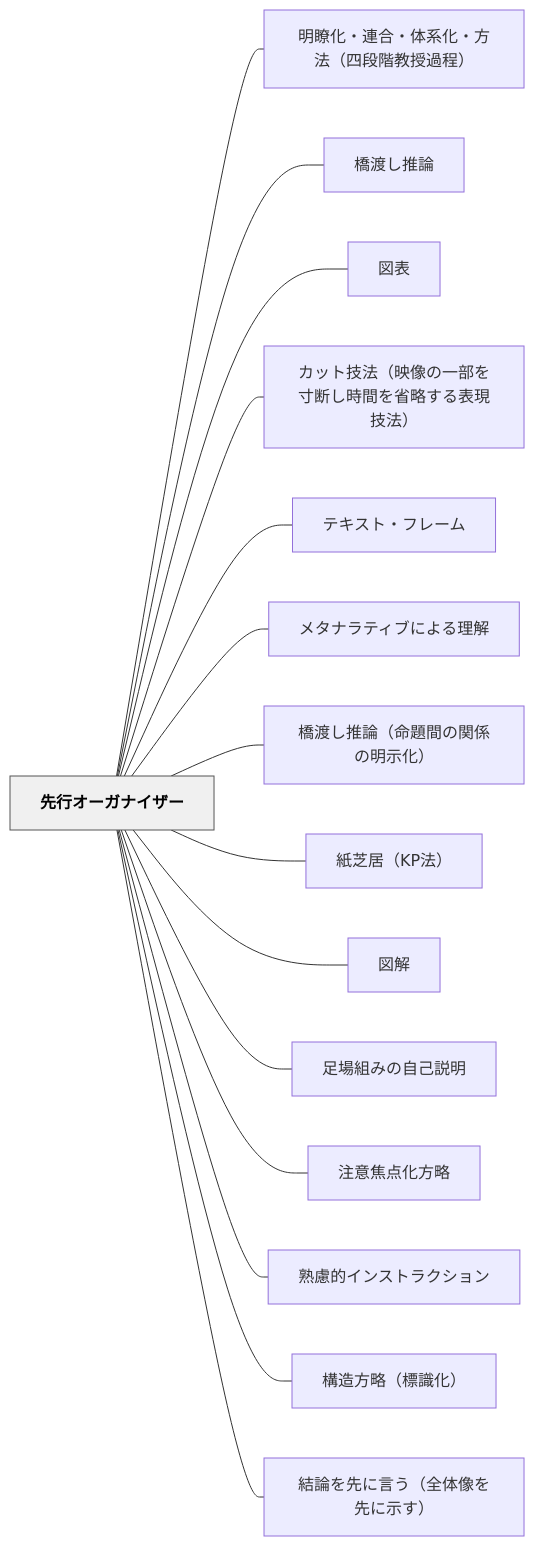
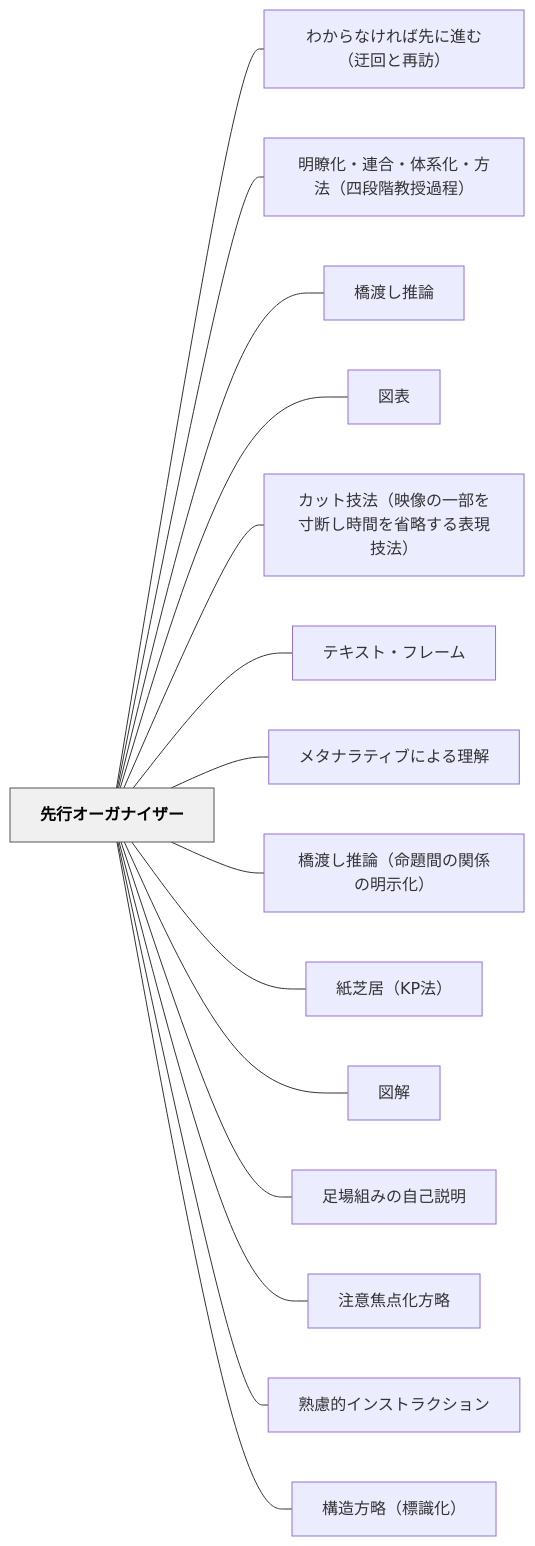
One commit to unknownthings-ed-patterns/unknownthings-ed-patterns changed the diagram in content/パタン/先行オーガナイザー.md. Above: the diagram before and after it, drawn with Mermaid. The commit also changed other lines of this file and 185 other files, not shown here.

````diff
--- a/content/パタン/先行オーガナイザー.md
+++ b/content/パタン/先行オーガナイザー.md
@@ -52,36 +52,36 @@
 ```mermaid
 flowchart LR
     ne58588e8a18ce382aae383bce382ace3838ae382a4e382b6e383bc["先行オーガナイザー"]
+    ne3828fe3818be38289e381aae38191e3828ce381b0e58588e381abe980b2e38280efbc88e8bf82e59b9ee381a8e5868de8a8aaefbc89["わからなければ先に進む（迂回と再訪）"]
     ne6988ee79eade58c96e383bbe980a3e59088e383bbe4bd93e7b3bbe58c96e383bbe696b9e6b395efbc88e59b9be6aeb5e99a8ee69599e68e88e9818ee7a88befbc89["明瞭化・連合・体系化・方法（四段階教授過程）"]
     ne6a98be6b8a1e38197e68ea8e8ab96["橋渡し推論"]
     ne59bb3e8a1a8["図表"]
     ne382abe38383e38388e68a80e6b395efbc88e698a0e5838fe381aee4b880e983a8e38292e5afb8e696ade38197e69982e99693e38292e79c81e795a5e38199e3828be8a1a8e78fbee68a80e6b395efbc89["カット技法（映像の一部を寸断し時間を省略する表現技法）"]
     ne38386e382ade382b9e38388e383bbe38395e383ace383bce383a0["テキスト・フレーム"]
     ne383a1e382bfe3838ae383a9e38386e382a3e38396e381abe38288e3828be79086e8a7a3["メタナラティブによる理解"]
     ne6a98be6b8a1e38197e68ea8e8ab96efbc88e591bde9a18ce99693e381aee996a2e4bf82e381aee6988ee7a4bae58c96efbc89["橋渡し推論（命題間の関係の明示化）"]
     ne7b499e88a9de5b185efbc884b50e6b395efbc89["紙芝居（KP法）"]
     ne59bb3e8a7a3["図解"]
     ne8b6b3e5a0b4e7b584e381bfe381aee887aae5b7b1e8aaace6988e["足場組みの自己説明"]
     ne6b3a8e6848fe784a6e782b9e58c96e696b9e795a5["注意焦点化方略"]
     ne7869fe685aee79a84e382a4e383b3e382b9e38388e383a9e382afe382b7e383a7e383b3["熟慮的インストラクション"]
     ne6a78be980a0e696b9e795a5efbc88e6a899e8ad98e58c96efbc89["構造方略（標識化）"]
-    ne7b590e8ab96e38292e58588e381abe8a880e38186efbc88e585a8e4bd93e5838fe38292e58588e381abe7a4bae38199efbc89["結論を先に言う（全体像を先に示す）"]
 
+    ne58588e8a18ce382aae383bce382ace3838ae382a4e382b6e383bc --- ne3828fe3818be38289e381aae38191e3828ce381b0e58588e381abe980b2e38280efbc88e8bf82e59b9ee381a8e5868de8a8aaefbc89
     ne58588e8a18ce382aae383bce382ace3838ae382a4e382b6e383bc --- ne6988ee79eade58c96e383bbe980a3e59088e383bbe4bd93e7b3bbe58c96e383bbe696b9e6b395efbc88e59b9be6aeb5e99a8ee69599e68e88e9818ee7a88befbc89
     ne58588e8a18ce382aae383bce382ace3838ae382a4e382b6e383bc --- ne6a98be6b8a1e38197e68ea8e8ab96
     ne58588e8a18ce382aae383bce382ace3838ae382a4e382b6e383bc --- ne59bb3e8a1a8
     ne58588e8a18ce382aae383bce382ace3838ae382a4e382b6e383bc --- ne382abe38383e38388e68a80e6b395efbc88e698a0e5838fe381aee4b880e983a8e38292e5afb8e696ade38197e69982e99693e38292e79c81e795a5e38199e3828be8a1a8e78fbee68a80e6b395efbc89
     ne58588e8a18ce382aae383bce382ace3838ae382a4e382b6e383bc --- ne38386e382ade382b9e38388e383bbe38395e383ace383bce383a0
     ne58588e8a18ce382aae383bce382ace3838ae382a4e382b6e383bc --- ne383a1e382bfe3838ae383a9e38386e382a3e38396e381abe38288e3828be79086e8a7a3
     ne58588e8a18ce382aae383bce382ace3838ae382a4e382b6e383bc --- ne6a98be6b8a1e38197e68ea8e8ab96efbc88e591bde9a18ce99693e381aee996a2e4bf82e381aee6988ee7a4bae58c96efbc89
     ne58588e8a18ce382aae383bce382ace3838ae382a4e382b6e383bc --- ne7b499e88a9de5b185efbc884b50e6b395efbc89
     ne58588e8a18ce382aae383bce382ace3838ae382a4e382b6e383bc --- ne59bb3e8a7a3
     ne58588e8a18ce382aae383bce382ace3838ae382a4e382b6e383bc --- ne8b6b3e5a0b4e7b584e381bfe381aee887aae5b7b1e8aaace6988e
     ne58588e8a18ce382aae383bce382ace3838ae382a4e382b6e383bc --- ne6b3a8e6848fe784a6e782b9e58c96e696b9e795a5
     ne58588e8a18ce382aae383bce382ace3838ae382a4e382b6e383bc --- ne7869fe685aee79a84e382a4e383b3e382b9e38388e383a9e382afe382b7e383a7e383b3
     ne58588e8a18ce382aae383bce382ace3838ae382a4e382b6e383bc --- ne6a78be980a0e696b9e795a5efbc88e6a899e8ad98e58c96efbc89
-    ne58588e8a18ce382aae383bce382ace3838ae382a4e382b6e383bc --- ne7b590e8ab96e38292e58588e381abe8a880e38186efbc88e585a8e4bd93e5838fe38292e58588e381abe7a4bae38199efbc89
 
     classDef hub fill:#f0f0f0,stroke:#555,color:#000,font-weight:bold
     class ne58588e8a18ce382aae383bce382ace3838ae382a4e382b6e383bc hub
 ```
````
